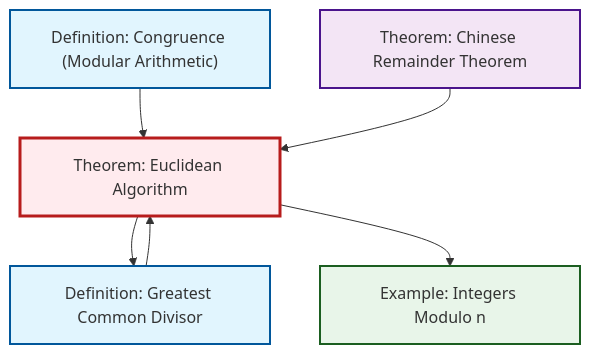
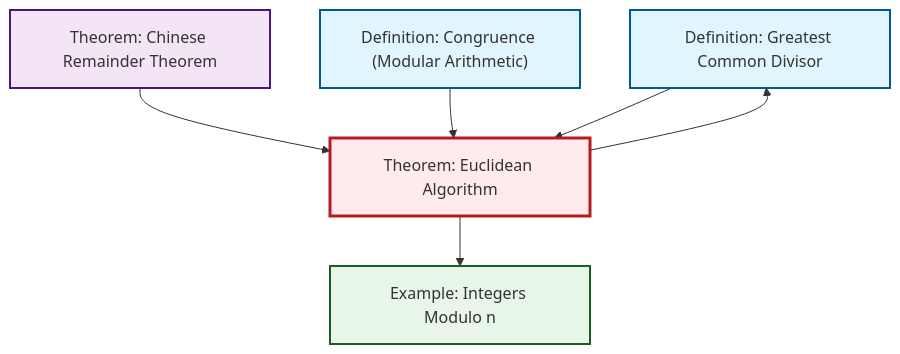
The second of 2 diagrams in content/en/number-theory/thm-euclidean-algorithm.qmd (RK0429/ModernMath), drawn with Mermaid before and after one commit. The commit also changed other lines of this file and 497 other files, not shown here.

````diff
--- a/content/en/number-theory/thm-euclidean-algorithm.qmd
+++ b/content/en/number-theory/thm-euclidean-algorithm.qmd
@@ -94,24 +95,24 @@
 ```{mermaid}
 %%| fig-cap: "Local dependency graph"
 graph TD
     classDef definition fill:#e1f5fe,stroke:#01579b,stroke-width:2px
     classDef theorem fill:#f3e5f5,stroke:#4a148c,stroke-width:2px
     classDef axiom fill:#fff3e0,stroke:#e65100,stroke-width:2px
     classDef example fill:#e8f5e9,stroke:#1b5e20,stroke-width:2px
     classDef current fill:#ffebee,stroke:#b71c1c,stroke-width:3px
+    def-gcd["Definition: Greatest Common Divisor"]:::definition
+    ex-quotient-integers-mod-n["Example: Integers Modulo n"]:::example
     thm-chinese-remainder["Theorem: Chinese Remainder Theorem"]:::theorem
-    ex-quotient-integers-mod-n["Example: Integers Modulo n"]:::example
     def-congruence["Definition: Congruence (Modular Arithmetic)"]:::definition
     thm-euclidean-algorithm["Theorem: Euclidean Algorithm"]:::theorem
-    def-gcd["Definition: Greatest Common Divisor"]:::definition
     thm-euclidean-algorithm --> def-gcd
+    thm-chinese-remainder --> thm-euclidean-algorithm
+    def-congruence --> thm-euclidean-algorithm
+    def-gcd --> thm-euclidean-algorithm
     thm-euclidean-algorithm --> ex-quotient-integers-mod-n
-    def-gcd --> thm-euclidean-algorithm
-    def-congruence --> thm-euclidean-algorithm
-    thm-chinese-remainder --> thm-euclidean-algorithm
     class thm-euclidean-algorithm current
+    click def-gcd "def-gcd.html" "Go to Greatest Common Divisor definition"
+    click ex-quotient-integers-mod-n "ex-quotient-integers-mod-n.html" "Go to Integers Modulo n example"
     click thm-chinese-remainder "thm-chinese-remainder.html" "Go to Chinese Remainder Theorem theorem"
-    click ex-quotient-integers-mod-n "ex-quotient-integers-mod-n.html" "Go to Integers Modulo n example"
     click def-congruence "def-congruence.html" "Go to Congruence (Modular Arithmetic) definition"
-    click def-gcd "def-gcd.html" "Go to Greatest Common Divisor definition"
 ```
````
